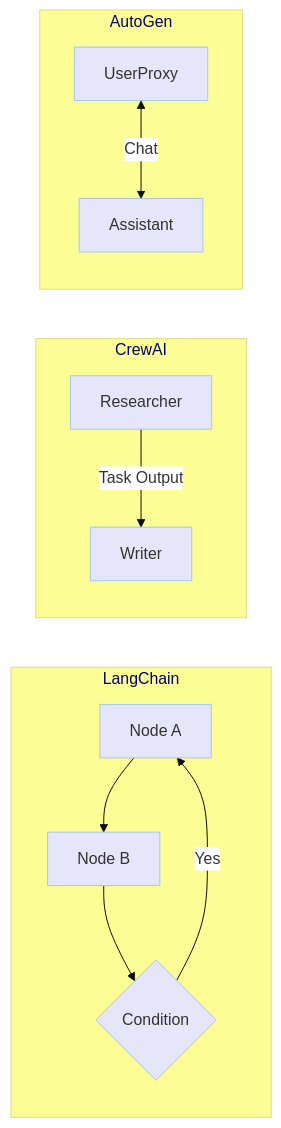
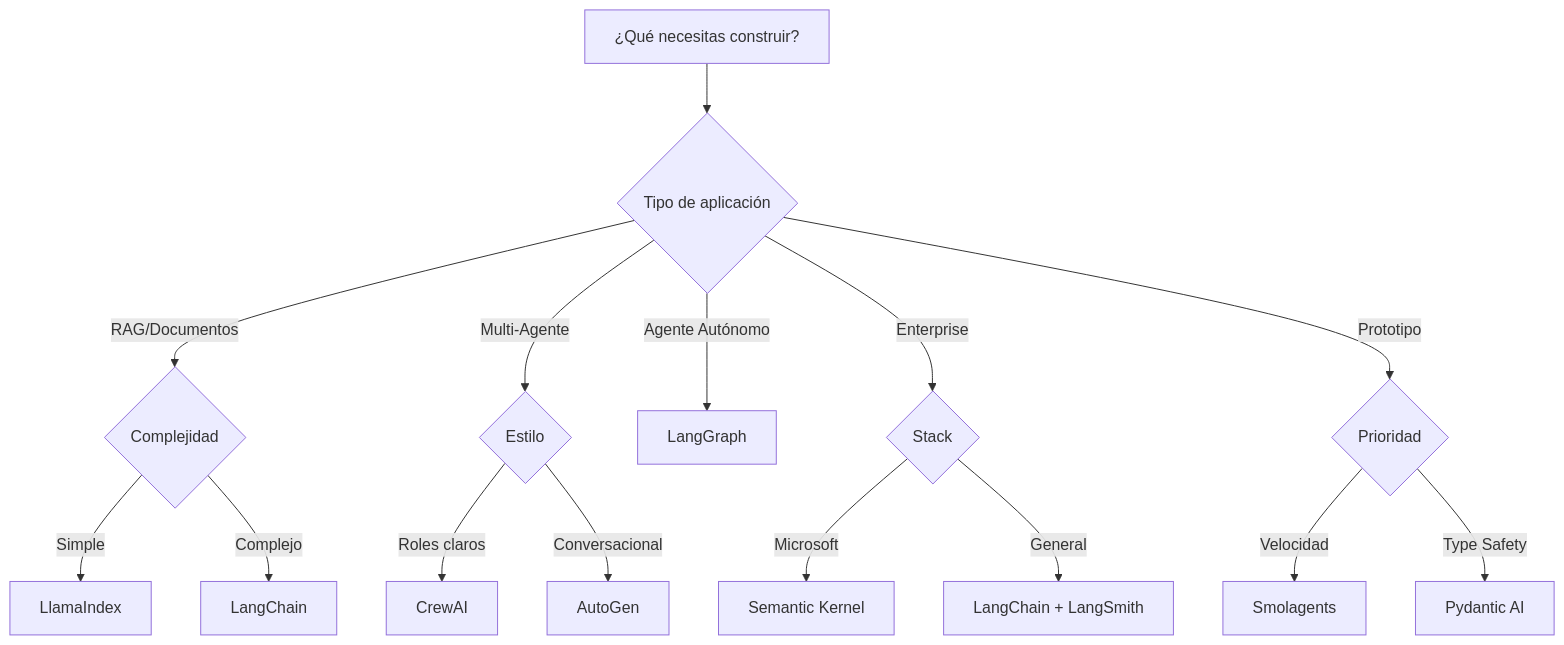
The second of 2 diagrams in module2/README.md (RACPSC2025/Professional-AI-Agent-Developer-Course-v1.0), drawn with Mermaid before and after one commit. The commit also changed other lines of this file and 2 other files, not shown here.

````diff
--- a/module2/README.md
+++ b/module2/README.md
@@ -38,17 +700,22 @@
 ```mermaid
-%%{init: {'theme': 'base', 'themeVariables': { 'primaryColor': '#C3B1E1', 'edgeLabelBackground':'#ffffff', 'tertiaryColor': '#FDFD96', 'mainBkg': '#E6E6FA', 'nodeBorder': '#A7C7E7'}}}%%
-graph LR
-    subgraph LangChain
-    A[Node A] --> B[Node B]
-    B --> C{Condition}
-    C -->|Yes| A
-    end
+graph TD
+    A[¿Qué necesitas construir?] --> B{Tipo de aplicación}
     
-    subgraph CrewAI
-    D[Researcher] -->|Task Output| E[Writer]
-    end
+    B -->|RAG/Documentos| C{Complejidad}
+    C -->|Simple| D[LlamaIndex]
+    C -->|Complejo| E[LangChain]
     
-    subgraph AutoGen
-    F[UserProxy] <-->|Chat| G[Assistant]
-    end
+    B -->|Multi-Agente| F{Estilo}
+    F -->|Roles claros| G[CrewAI]
+    F -->|Conversacional| H[AutoGen]
+    
+    B -->|Agente Autónomo| I[LangGraph]
+    
+    B -->|Enterprise| J{Stack}
+    J -->|Microsoft| K[Semantic Kernel]
+    J -->|General| L[LangChain + LangSmith]
+    
+    B -->|Prototipo| M{Prioridad}
+    M -->|Velocidad| N[Smolagents]
+    M -->|Type Safety| O[Pydantic AI]
 ```
````
